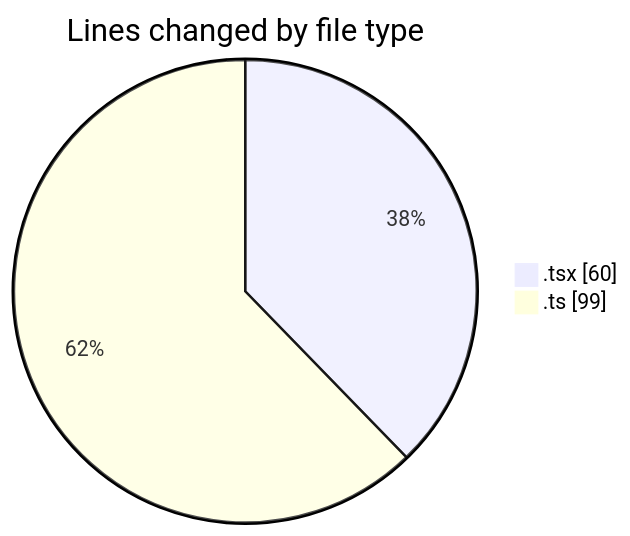
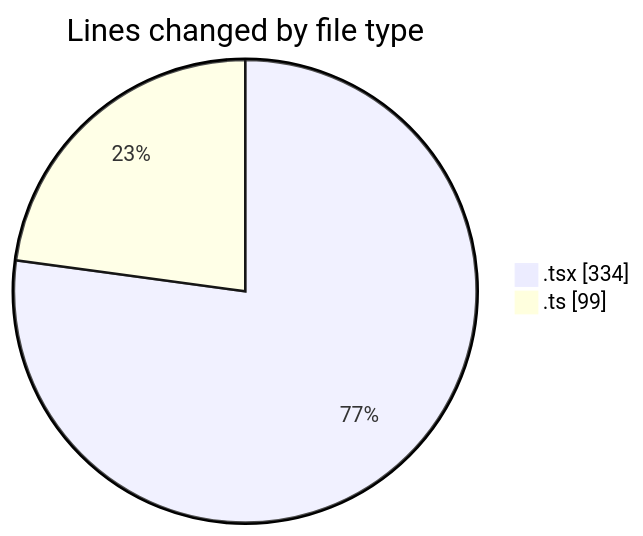
The first of 2 diagrams in 2025-11-23/eventscop-frontend-guide__workspace_/README.md (julien-gomy/code-tracking), drawn with Mermaid before and after one commit. The commit also changed other lines of this file and 1 other file, not shown here.

````diff
--- a/2025-11-23/eventscop-frontend-guide__workspace_/README.md
+++ b/2025-11-23/eventscop-frontend-guide__workspace_/README.md
@@ -23,6 +25,6 @@
 ```mermaid
 pie showData
 title Lines changed by file type
-".tsx" : 60
+".tsx" : 334
 ".ts" : 99
 ```
````
